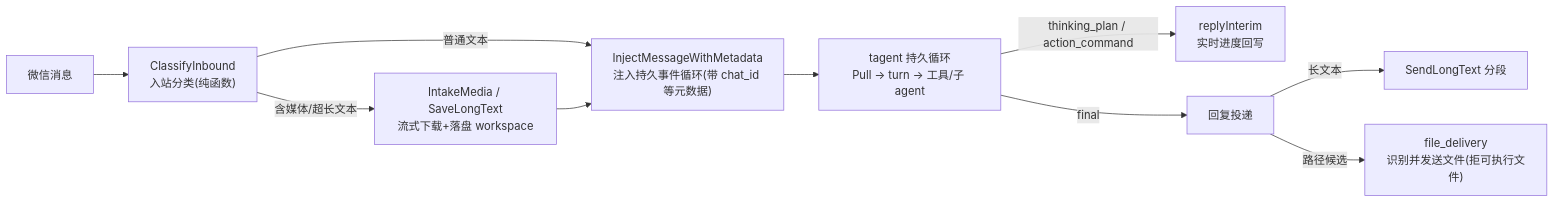
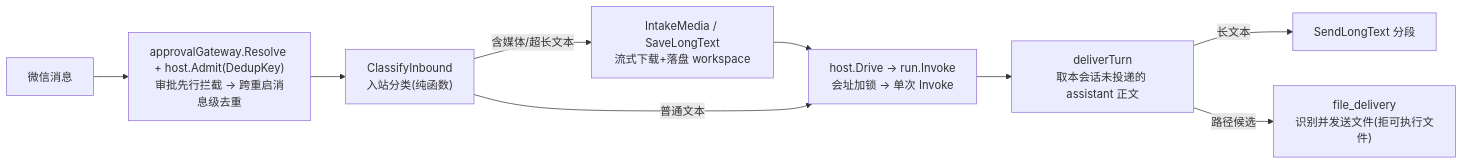
Before and after one commit to SpellingDragon/tagent: the diagram in examples/wechat-bot/README.md, drawn with Mermaid. The commit also changed other lines of this file and 1598 other files, not shown here.

````diff
--- a/examples/wechat-bot/README.md
+++ b/examples/wechat-bot/README.md
@@ -49,12 +96,11 @@
 ```mermaid
 graph LR
-    WX["微信消息"] --> CLS["ClassifyInbound<br/>入站分类(纯函数)"]
+    WX["微信消息"] --> GATE["approvalGateway.Resolve + host.Admit(DedupKey)<br/>审批先行拦截 → 跨重启消息级去重"]
+    GATE --> CLS["ClassifyInbound<br/>入站分类(纯函数)"]
     CLS -->|含媒体/超长文本| INT["IntakeMedia / SaveLongText<br/>流式下载+落盘 workspace"]
-    CLS -->|普通文本| INJ
-    INT --> INJ["InjectMessageWithMetadata<br/>注入持久事件循环(带 chat_id 等元数据)"]
-    INJ --> LOOP["tagent 持久循环<br/>Pull → turn → 工具/子 agent"]
-    LOOP -->|thinking_plan / action_command| INT2["replyInterim<br/>实时进度回写"]
-    LOOP -->|final| OUT["回复投递"]
+    INT --> DRIVE
+    CLS -->|普通文本| DRIVE["host.Drive → run.Invoke<br/>会址加锁 → 单次 Invoke"]
+    DRIVE --> OUT["deliverTurn<br/>取本会话未投递的 assistant 正文"]
     OUT -->|长文本| LONG["SendLongText 分段"]
     OUT -->|路径候选| DEL["file_delivery<br/>识别并发送文件(拒可执行文件)"]
 ```
````
